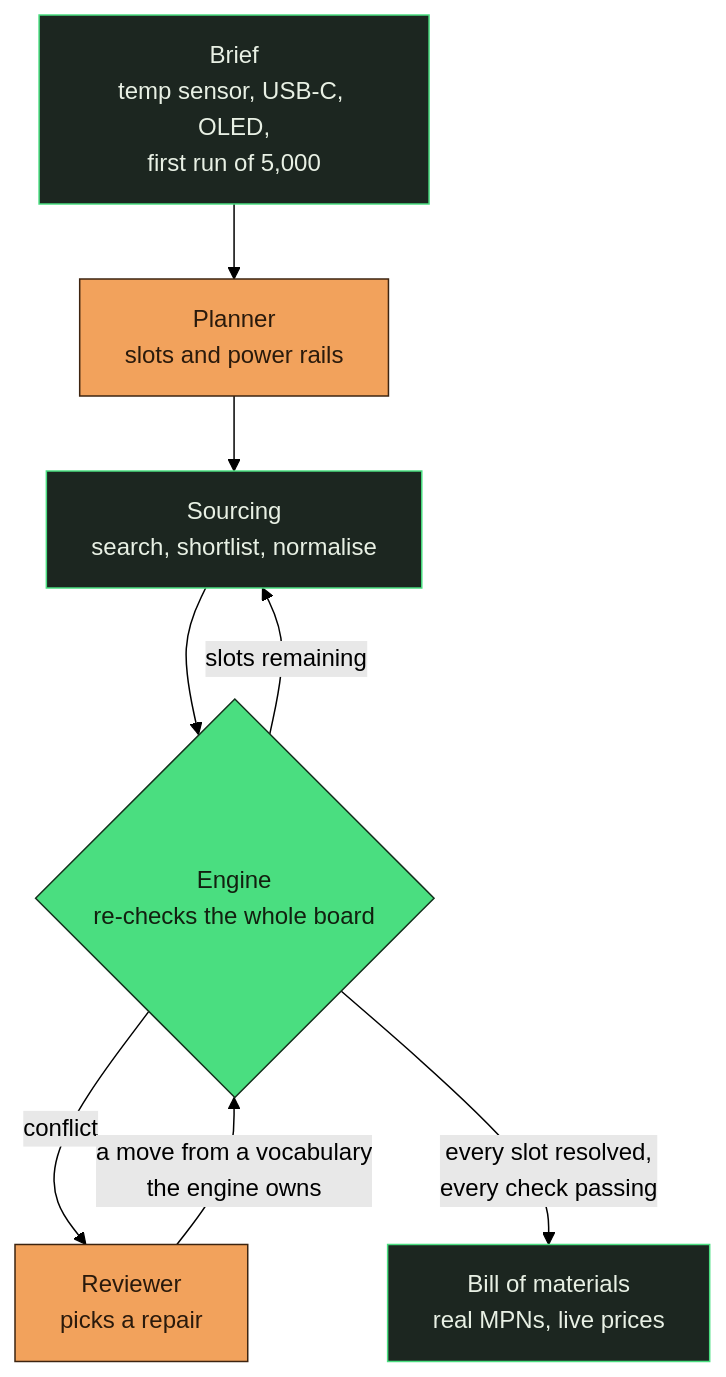
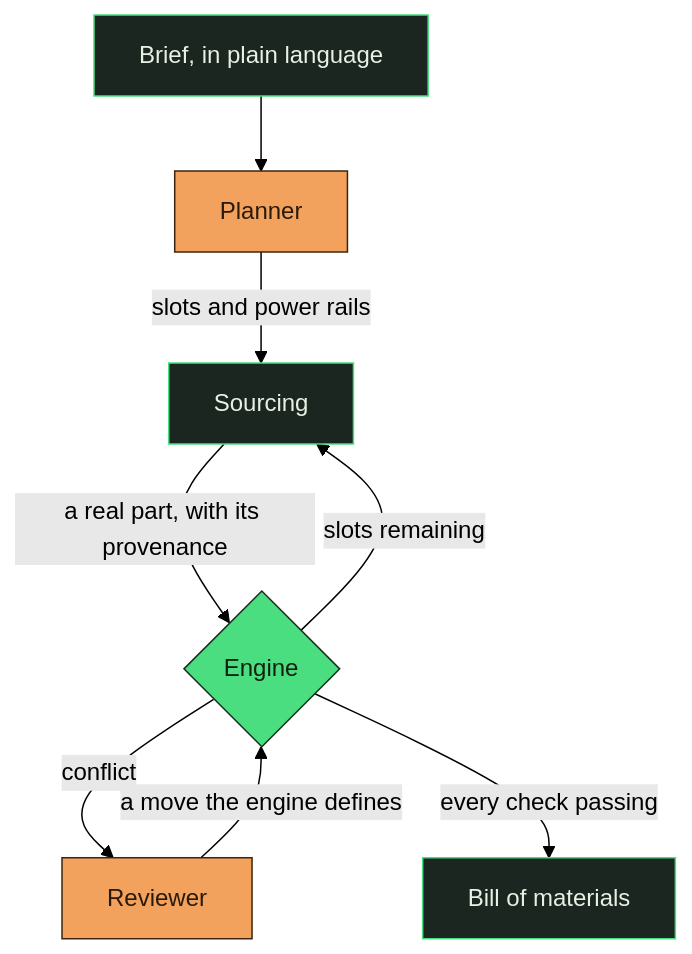
One commit to sparsh-555/continuity changed the diagram in README.md. Above: the diagram before and after it, drawn with Mermaid (forest theme).

Commit message:
docs: fix the pipeline diagram rendering on github
GitHub renders mermaid with HTML labels disabled, so `<br/>` was dropped
rather than honoured and the multi-line labels ran together on screen —
"Enginere-checks the whole board". Labels are single-line now; the detail
they carried was already in the prose beneath.

````diff
--- a/README.md
+++ b/README.md
@@ -35,22 +35,24 @@
 ```mermaid
 flowchart TD
-    BRIEF["Brief<br/>temp sensor, USB-C, OLED,<br/>first run of 5,000"]
-    PLAN["Planner<br/>slots and power rails"]
-    SRC["Sourcing<br/>search, shortlist, normalise"]
-    ENG{"Engine<br/>re-checks the whole board"}
-    REV["Reviewer<br/>picks a repair"]
-    BOM["Bill of materials<br/>real MPNs, live prices"]
+    BRIEF["Brief, in plain language"]
+    PLAN["Planner"]
+    SRC["Sourcing"]
+    ENG{"Engine"}
+    REV["Reviewer"]
+    BOM["Bill of materials"]
 
-    BRIEF --> PLAN --> SRC --> ENG
+    BRIEF --> PLAN
+    PLAN -->|slots and power rails| SRC
+    SRC -->|a real part, with its provenance| ENG
     ENG -->|slots remaining| SRC
     ENG -->|conflict| REV
-    REV -->|a move from a vocabulary<br/>the engine owns| ENG
-    ENG -->|every slot resolved,<br/>every check passing| BOM
+    REV -->|a move the engine defines| ENG
+    ENG -->|every check passing| BOM
 
     classDef engine fill:#4ade80,stroke:#14301c,color:#12200f
     classDef model fill:#f2a25c,stroke:#3d2410,color:#2a1a0c
     classDef io fill:#1c2620,stroke:#4ade80,color:#e8f0e4
     class ENG engine
     class PLAN,REV model
     class BRIEF,SRC,BOM io
 ```
````
